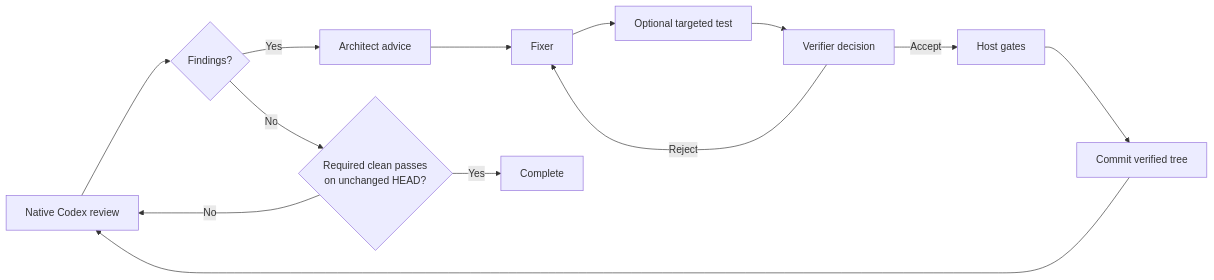
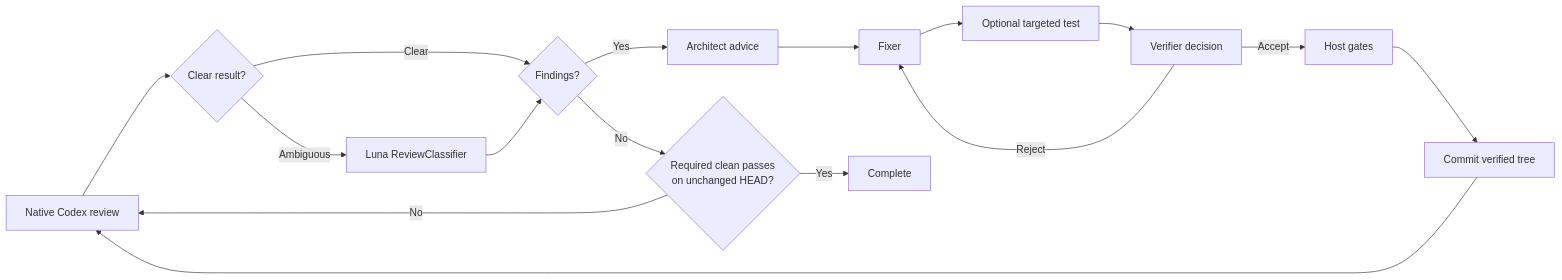
The diagram in docs/how-it-works.md (InnerLive/CodexReviewLoop), drawn with Mermaid before and after one commit. The commit also changed other lines of this file and 13 other files, not shown here.

Commit message:
Classify ambiguous native review results

````diff
--- a/docs/how-it-works.md
+++ b/docs/how-it-works.md
@@ -10,15 +10,18 @@
 ```mermaid
 flowchart LR
-    review[Native Codex review] --> findings{Findings?}
+    review[Native Codex review] --> parse{Clear result?}
+    parse -- Ambiguous --> classify[Luna ReviewClassifier]
+    parse -- Clear --> findings{Findings?}
+    classify --> findings
     findings -- Yes --> architect[Architect advice]
     architect --> fix[Fixer]
     fix --> test[Optional targeted test]
     test --> verify[Verifier decision]
     verify -- Reject --> fix
     verify -- Accept --> gates[Host gates]
     gates --> commit[Commit verified tree]
     commit --> review
     findings -- No --> clean{Required clean passes<br/>on unchanged HEAD?}
     clean -- No --> review
     clean -- Yes --> done[Complete]
 ```
````
